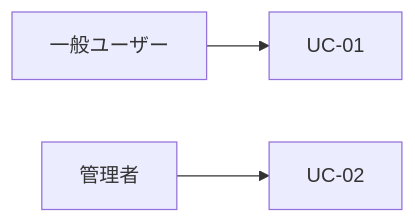
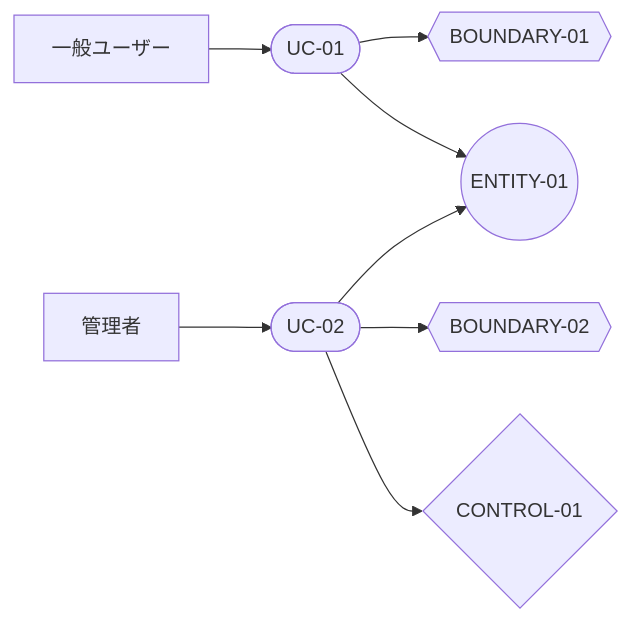
One commit to tooppoo/armoredcore-extreme-mercenaries changed the second of 3 diagrams in docs/spec/templates/_usecase.md. Above: the diagram before and after it, drawn with Mermaid. The commit also changed other lines of this file and 2 other files, not shown here.

````diff
--- a/docs/spec/templates/_usecase.md
+++ b/docs/spec/templates/_usecase.md
@@ -16,5 +33,12 @@
 ```mermaid
 flowchart LR
-  User[一般ユーザー] --> UC1[UC-01]
-  Admin[管理者] --> UC2[UC-02]
+  User[一般ユーザー] --> UC1([UC-01])
+  Admin[管理者] --> UC2([UC-02])
+
+  UC1 --> 画面1{{BOUNDARY-01}}
+  UC1 --> データ1((ENTITY-01))
+
+  UC2 --> データ1
+  UC2 --> 画面2{{BOUNDARY-02}}
+  UC2 --> 条件1{"CONTROL-01"}
 ```
````
